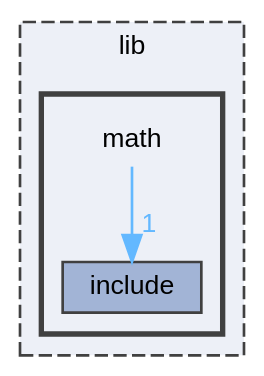
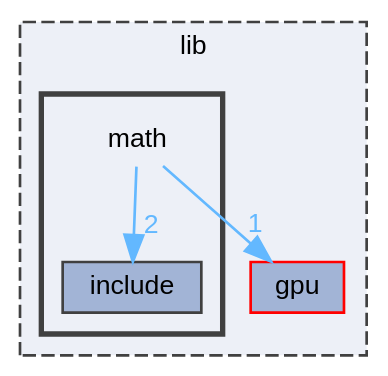
One commit to pawelekg95/algopp changed the diagram in dir_a36354df93aef5eec904487b77fa4fab_dep.dot. Above: the diagram before and after it, drawn with Graphviz. The commit also changed 151 other files, not shown here.

```diff
--- a/dir_a36354df93aef5eec904487b77fa4fab_dep.dot
+++ b/dir_a36354df93aef5eec904487b77fa4fab_dep.dot
@@ -1,17 +1,19 @@
 digraph "lib/math"
 {
  // LATEX_PDF_SIZE
   bgcolor="transparent";
   edge [fontname=Helvetica,fontsize=10,labelfontname=Helvetica,labelfontsize=10];
   node [fontname=Helvetica,fontsize=10,shape=box,height=0.2,width=0.4];
   compound=true
   subgraph clusterdir_97aefd0d527b934f1d99a682da8fe6a9 {
     graph [ bgcolor="#edf0f7", pencolor="grey25", label="lib", fontname=Helvetica,fontsize=10 style="filled,dashed", URL="dir_97aefd0d527b934f1d99a682da8fe6a9.html",tooltip=""]
+  dir_b435b034dd8bd1dd5023912936717b85 [label="gpu", fillcolor="#a2b4d6", color="red", style="filled", URL="dir_b435b034dd8bd1dd5023912936717b85.html",tooltip=""];
   subgraph clusterdir_a36354df93aef5eec904487b77fa4fab {
     graph [ bgcolor="#edf0f7", pencolor="grey25", label="", fontname=Helvetica,fontsize=10 style="filled,bold", URL="dir_a36354df93aef5eec904487b77fa4fab.html",tooltip=""]
     dir_a36354df93aef5eec904487b77fa4fab [shape=plaintext, label="math"];
   dir_d2e3a591115529d6c7ea42d7bff6acd1 [label="include", fillcolor="#a2b4d6", color="grey25", style="filled", URL="dir_d2e3a591115529d6c7ea42d7bff6acd1.html",tooltip=""];
   }
   }
-  dir_a36354df93aef5eec904487b77fa4fab->dir_d2e3a591115529d6c7ea42d7bff6acd1 [headlabel="1", labeldistance=1.5 headhref="dir_000011_000007.html" color="steelblue1" fontcolor="steelblue1"];
+  dir_a36354df93aef5eec904487b77fa4fab->dir_b435b034dd8bd1dd5023912936717b85 [headlabel="1", labeldistance=1.5 headhref="dir_000015_000007.html" color="steelblue1" fontcolor="steelblue1"];
+  dir_a36354df93aef5eec904487b77fa4fab->dir_d2e3a591115529d6c7ea42d7bff6acd1 [headlabel="2", labeldistance=1.5 headhref="dir_000015_000011.html" color="steelblue1" fontcolor="steelblue1"];
 }
```
